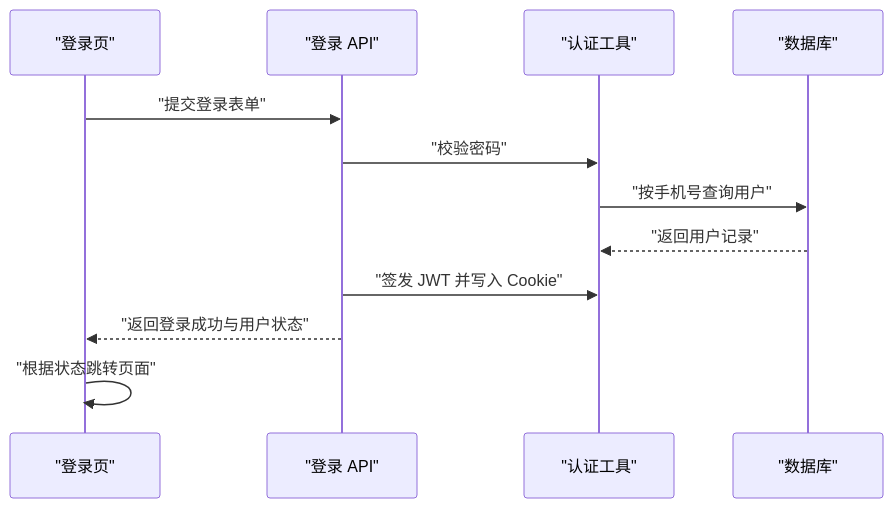
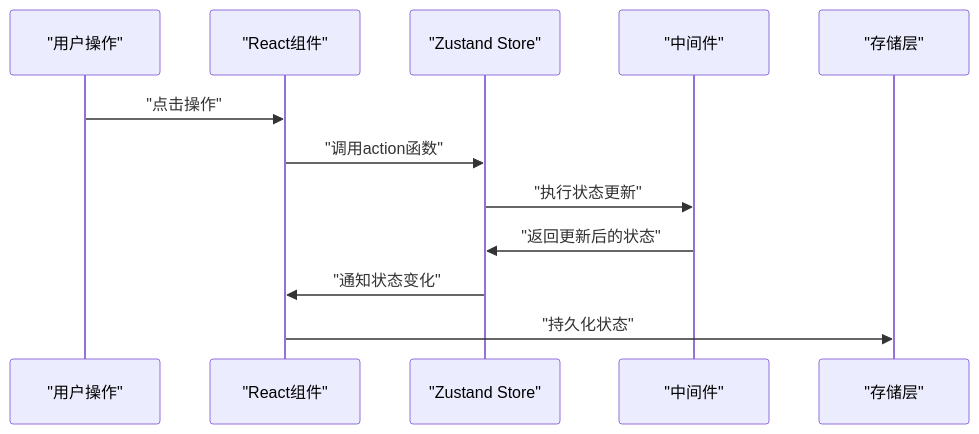
Before and after one commit to three3638-arch/celestia_2b: the sixth of 6 diagrams in .qoder/repowiki/zh/content/状态管理/状态管理.md, drawn with Mermaid. The commit also changed other lines of this file and 17 other files, not shown here.

````diff
--- a/.qoder/repowiki/zh/content/状态管理/状态管理.md
+++ b/.qoder/repowiki/zh/content/状态管理/状态管理.md
@@ -136,14 +288,14 @@
 ```mermaid
 sequenceDiagram
-participant UI as "登录页"
-participant API as "登录 API"
-participant AUTH as "认证工具"
-participant DB as "数据库"
-UI->>API : "提交登录表单"
-API->>AUTH : "校验密码"
-AUTH->>DB : "按手机号查询用户"
-DB-->>AUTH : "返回用户记录"
-API->>AUTH : "签发 JWT 并写入 Cookie"
-API-->>UI : "返回登录成功与用户状态"
-UI->>UI : "根据状态跳转页面"
+participant User as "用户操作"
+participant Component as "React组件"
+participant Store as "Zustand Store"
+participant Middleware as "中间件"
+participant Storage as "存储层"
+User->>Component : "点击操作"
+Component->>Store : "调用action函数"
+Store->>Middleware : "执行状态更新"
+Middleware->>Store : "返回更新后的状态"
+Store->>Component : "通知状态变化"
+Component->>Storage : "持久化状态"
 ```
````
